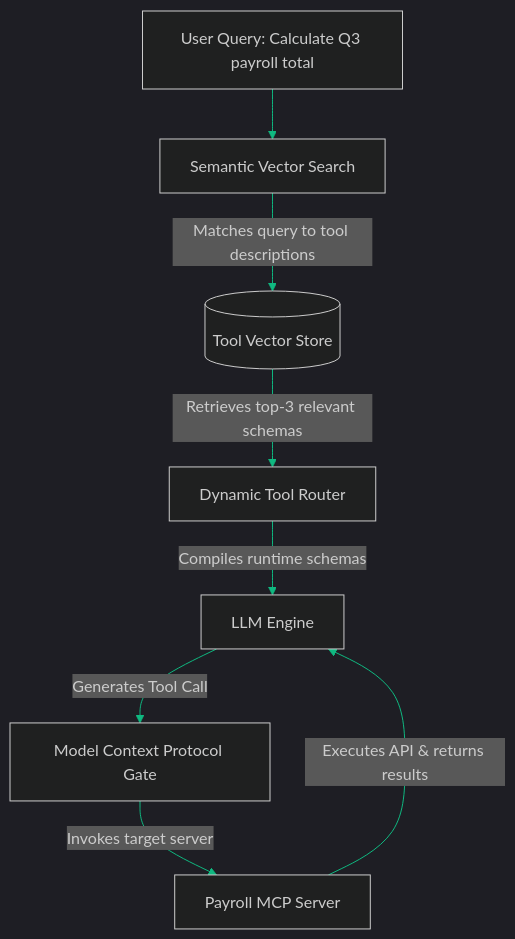
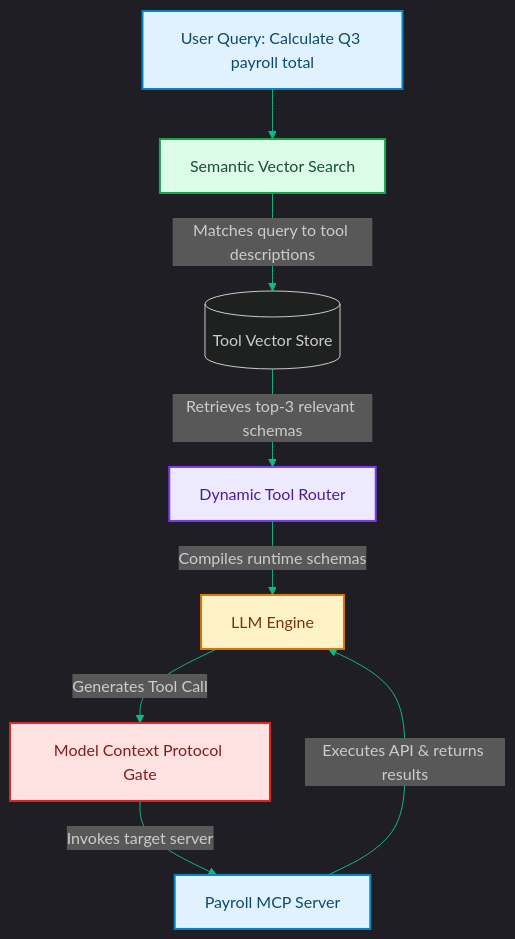
Before and after one commit to akmalkhaniub/akmalkhaniub.github.io: the diagram in blog/posts/semantic-tool-routing-vector-retrieval-mcp.md, drawn with Mermaid. The commit also changed other lines of this file and 1291 other files, not shown here.

First line of the commit message:
feat(catalog): unique covers, scholarly references, and diagram palettes

````diff
--- a/blog/posts/semantic-tool-routing-vector-retrieval-mcp.md
+++ b/blog/posts/semantic-tool-routing-vector-retrieval-mcp.md
@@ -17,14 +17,25 @@
 ```mermaid
 %%{init: {'theme': 'dark', 'themeVariables': { 'primaryColor': '#10b981', 'primaryTextColor': '#f3f4f6', 'primaryBorderColor': '#34d399', 'lineColor': '#10b981', 'secondaryColor': '#111827', 'tertiaryColor': '#0b0f19'}}}%%
 flowchart TD
-    Query[User Query: Calculate Q3 payroll total] --> Search[Semantic Vector Search]
+    Query["User Query: Calculate Q3 payroll total"] --> Search["Semantic Vector Search"]
     Search -->|Matches query to tool descriptions| VectorDB[(Tool Vector Store)]
     
-    VectorDB -->|Retrieves top-3 relevant schemas| Router[Dynamic Tool Router]
+    VectorDB -->|Retrieves top-3 relevant schemas| Router["Dynamic Tool Router"]
     
-    Router -->|Compiles runtime schemas| LLM[LLM Engine]
-    LLM -->|Generates Tool Call| MCPGate[Model Context Protocol Gate]
+    Router -->|Compiles runtime schemas| LLM["LLM Engine"]
+    LLM -->|Generates Tool Call| MCPGate["Model Context Protocol Gate"]
     
-    MCPGate -->|Invokes target server| ToolServer[Payroll MCP Server]
+    MCPGate -->|Invokes target server| ToolServer["Payroll MCP Server"]
     ToolServer -->|Executes API & returns results| LLM
+
+classDef green fill:#dcfce7,stroke:#16a34a,stroke-width:2px,color:#14532d;
+classDef red fill:#fee2e2,stroke:#dc2626,stroke-width:2px,color:#7f1d1d;
+classDef blue fill:#e0f2fe,stroke:#0284c7,stroke-width:2px,color:#0c4a6e;
+classDef yellow fill:#fef3c7,stroke:#d97706,stroke-width:2px,color:#78350f;
+classDef purple fill:#ede9fe,stroke:#7c3aed,stroke-width:2px,color:#4c1d95;
+class Query,ToolServer blue
+class Search green
+class Router purple
+class LLM yellow
+class MCPGate red
 ```
````
